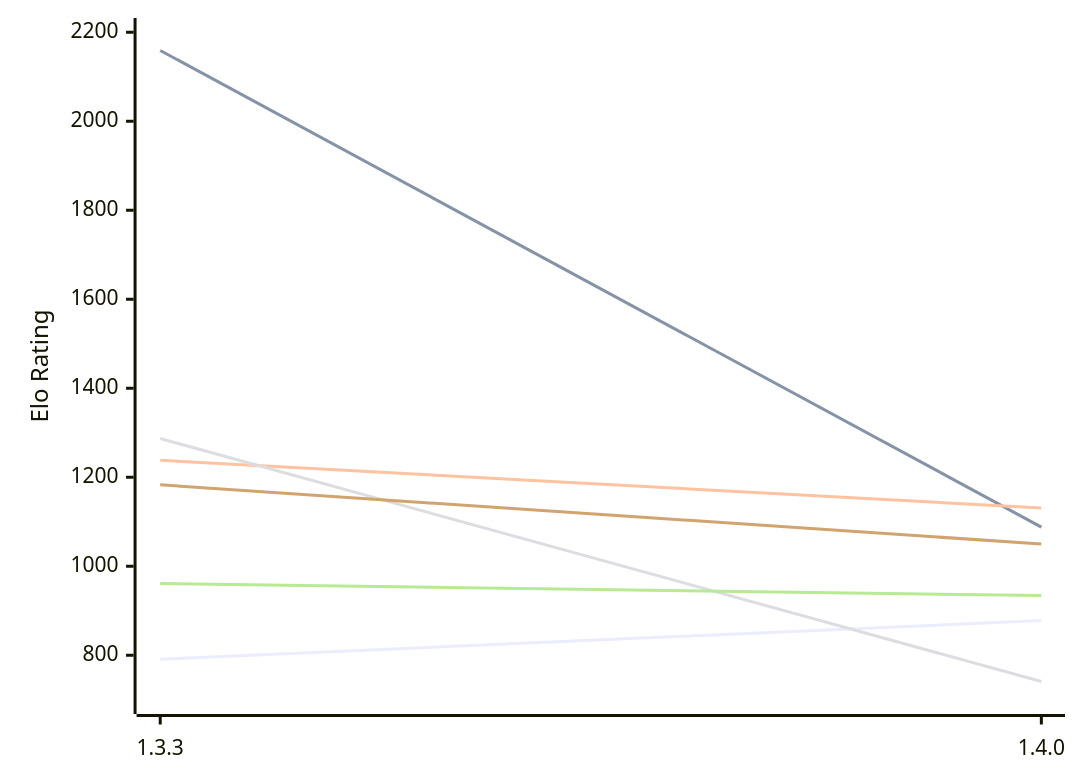
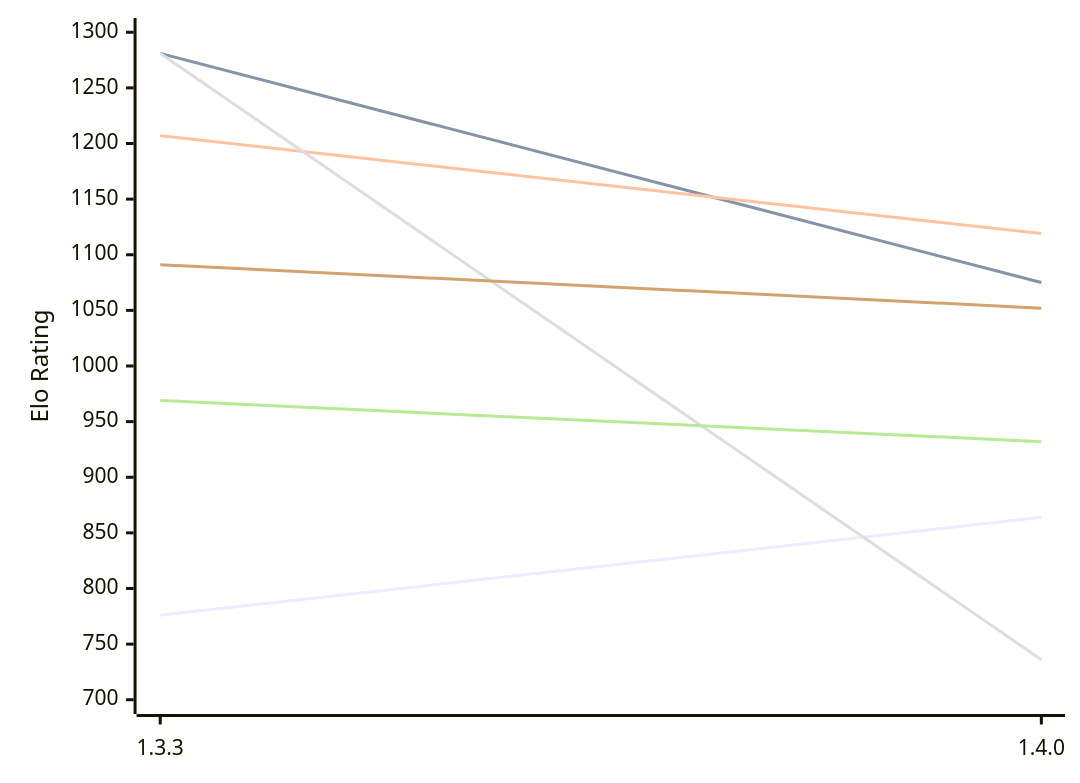
The first of 2 diagrams in engines/Whitespine.md (computer-chess-index/cci), drawn with Mermaid before and after one commit. The commit also changed other lines of this file, not shown here.

Commit message:
Update CCI Ratings (ELO VLTC) - 2026-11-15

````diff
--- a/engines/Whitespine.md
+++ b/engines/Whitespine.md
@@ -51,12 +51,12 @@
 ```mermaid
 %%{init: {"theme":"base","themeVariables":{"seriesColors:['#a3a3a3','#222221','#faa371']}}}%%
 xychart-beta
   x-axis ["1.3.3", "1.4.0"]
-  y-axis "Elo Rating" 700 --> 2200
-  line "E1: STC (8.0+0.08s)" [791, 878]
-  line "E1: LTC (60.0+0.60s)" [2159, 1088]
-  line "E1: VLTC (2m24s+1.12s)" [1238, 1131]
-  line "P1: STC (8.0+0.08s)" [1287, 741]
-  line "P1: LTC (60.0+0.60s)" [961, 934]
-  line "P1: VLTC (2m24s+1.12s)" [1183, 1050]
+  y-axis "Elo Rating" 700 --> 1300
+  line "E1: STC (8.0+0.08s)" [776, 864]
+  line "E1: LTC (60.0+0.60s)" [1281, 1075]
+  line "E1: VLTC (2m24s+1.12s)" [1207, 1119]
+  line "P1: STC (8.0+0.08s)" [1281, 736]
+  line "P1: LTC (60.0+0.60s)" [969, 932]
+  line "P1: VLTC (2m24s+1.12s)" [1091, 1052]
 ```
````
